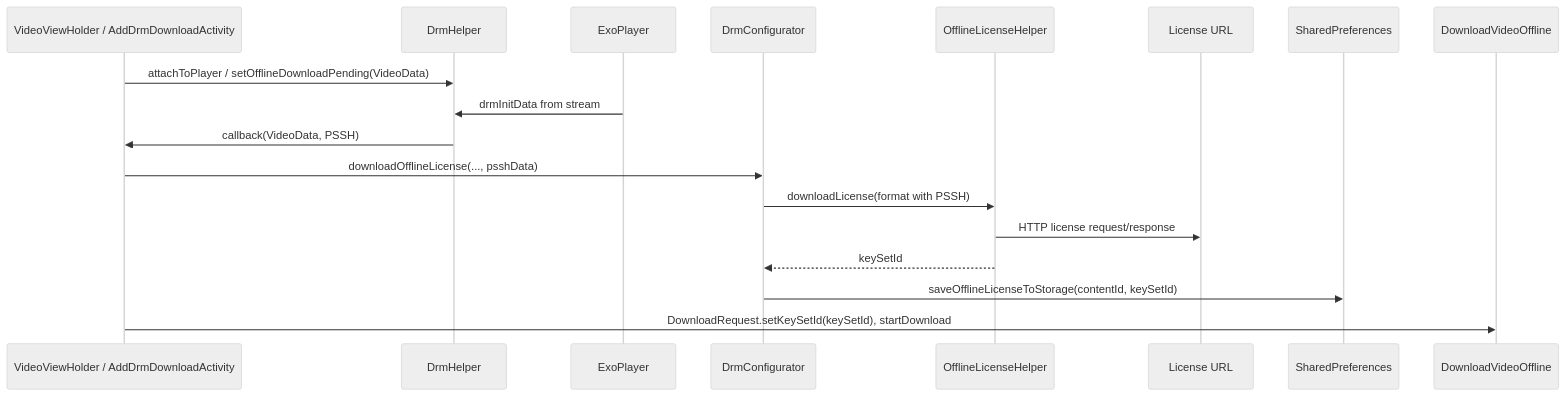
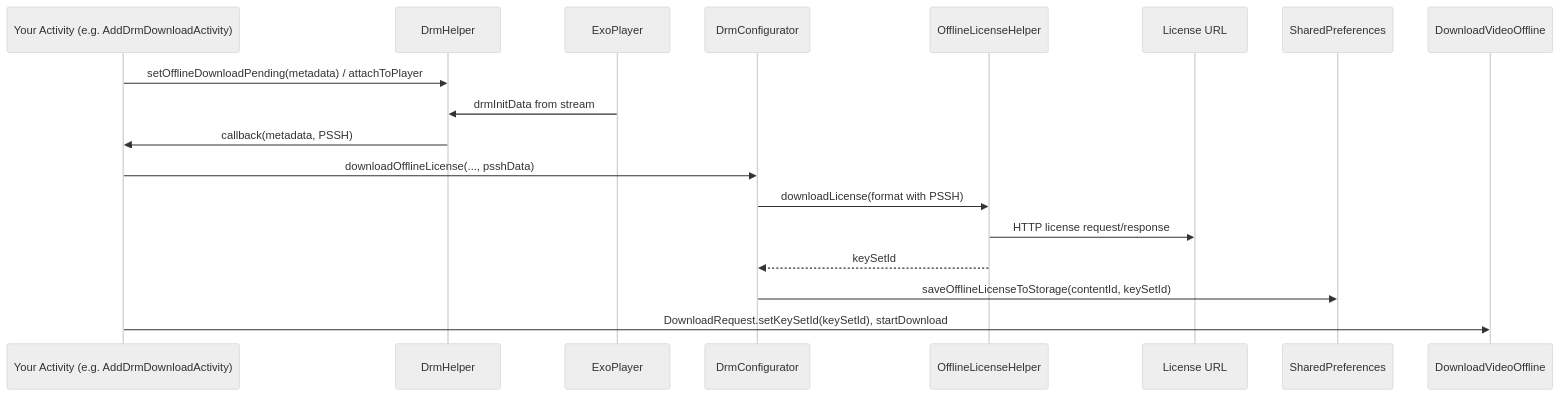
The second of 2 diagrams in docs/offline-downloads.md (kinescope/kotlin-kinescope-player), drawn with Mermaid (neutral theme) before and after one commit. The commit also changed other lines of this file and 107 other files, not shown here.

Commit message:
0.1.22: server watermark, player and shorts split into separate artifacts, downloads only in player, smaller libraries (WebP, template resources removed), rebuffer spinner delay, demo: splash screen, app icon, download-by-ID status, back navigation and list flicker fixes, docs

````diff
--- a/docs/offline-downloads.md
+++ b/docs/offline-downloads.md
@@ -93,23 +95,23 @@
 ```mermaid
 sequenceDiagram
-    participant UI as VideoViewHolder / AddDrmDownloadActivity
+    participant UI as Your Activity (e.g. AddDrmDownloadActivity)
     participant DH as DrmHelper
     participant XP as ExoPlayer
     participant DC as DrmConfigurator
     participant OLH as OfflineLicenseHelper
     participant LS as License URL
     participant SP as SharedPreferences
     participant DM as DownloadVideoOffline
 
-    UI->>DH: attachToPlayer / setOfflineDownloadPending(VideoData)
+    UI->>DH: setOfflineDownloadPending(metadata) / attachToPlayer
     XP->>DH: drmInitData from stream
-    DH->>UI: callback(VideoData, PSSH)
+    DH->>UI: callback(metadata, PSSH)
 
     UI->>DC: downloadOfflineLicense(..., psshData)
     DC->>OLH: downloadLicense(format with PSSH)
     OLH->>LS: HTTP license request/response
     OLH-->>DC: keySetId
 
     DC->>SP: saveOfflineLicenseToStorage(contentId, keySetId)
     UI->>DM: DownloadRequest.setKeySetId(keySetId), startDownload
 ```
````
